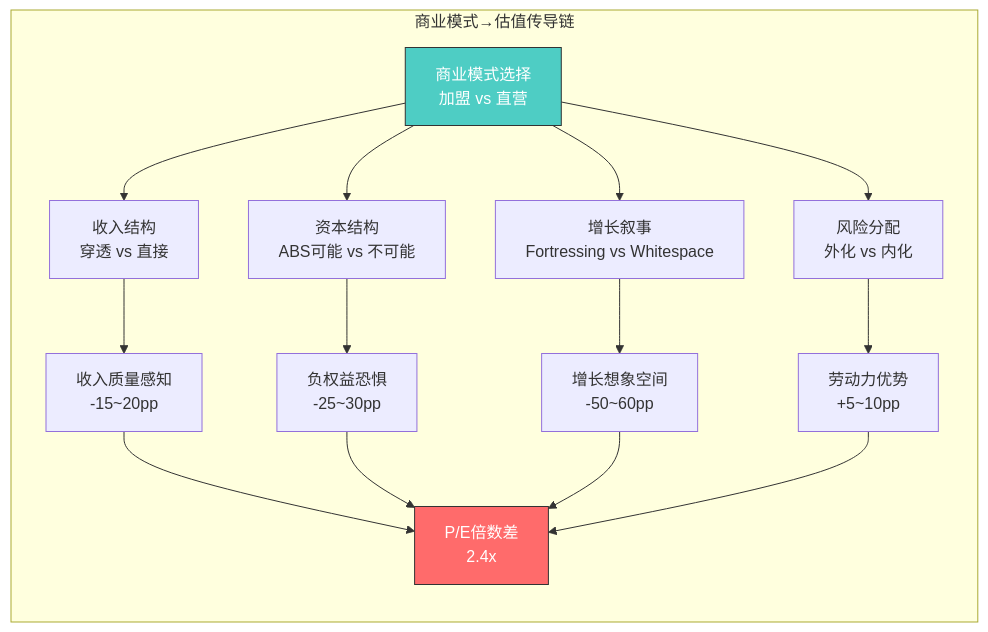
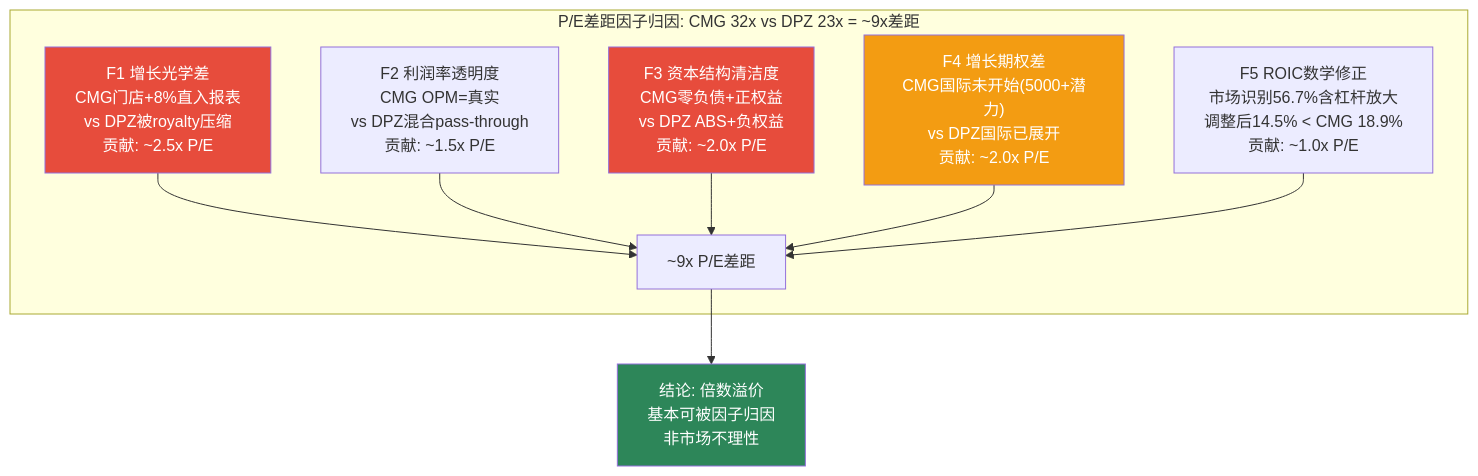
Before and after one commit to miltonnewyork25-afk/investment-master: the third of 3 diagrams in reports/DPZ/staging/phase3_ch16.md, drawn with Mermaid. The commit also changed other lines of this file and 6 other files, not shown here.

````diff
--- a/reports/DPZ/staging/phase3_ch16.md
+++ b/reports/DPZ/staging/phase3_ch16.md
@@ -274,22 +357,17 @@
 ```mermaid
-graph LR
-    subgraph "商业模式→估值传导链"
-        A["商业模式选择<br/>加盟 vs 直营"] --> B["收入结构<br/>穿透 vs 直接"]
-        A --> C["资本结构<br/>ABS可能 vs 不可能"]
-        A --> D["增长叙事<br/>Fortressing vs Whitespace"]
-        A --> E["风险分配<br/>外化 vs 内化"]
+graph TD
+    subgraph "P/E差距因子归因: CMG 32x vs DPZ 23x = ~9x差距"
+        F1["F1 增长光学差<br/>CMG门店+8%直入报表<br/>vs DPZ被royalty压缩<br/>贡献: ~2.5x P/E"] --> GAP["~9x P/E差距"]
+        F2["F2 利润率透明度<br/>CMG OPM=真实<br/>vs DPZ混合pass-through<br/>贡献: ~1.5x P/E"] --> GAP
+        F3["F3 资本结构清洁度<br/>CMG零负债+正权益<br/>vs DPZ ABS+负权益<br/>贡献: ~2.0x P/E"] --> GAP
+        F4["F4 增长期权差<br/>CMG国际未开始(5000+潜力)<br/>vs DPZ国际已展开<br/>贡献: ~2.0x P/E"] --> GAP
+        F5["F5 ROIC数学修正<br/>市场识别56.7%含杠杆放大<br/>调整后14.5% < CMG 18.9%<br/>贡献: ~1.0x P/E"] --> GAP
+    end
 
-        B --> F["收入质量感知<br/>-15~20pp"]
-        C --> G["负权益恐惧<br/>-25~30pp"]
-        D --> H["增长想象空间<br/>-50~60pp"]
-        E --> I["劳动力优势<br/>+5~10pp"]
+    GAP --> V["结论: 倍数溢价<br/>基本可被因子归因<br/>非市场不理性"]
 
-        F --> J["P/E倍数差<br/>2.4x"]
-        G --> J
-        H --> J
-        I --> J
-
-        style A fill:#4ecdc4,stroke:#333,color:#fff
-        style J fill:#ff6b6b,stroke:#333,color:#fff
-    end
+    style F1 fill:#e74c3c,color:#fff
+    style F3 fill:#e74c3c,color:#fff
+    style F4 fill:#f39c12,color:#fff
+    style V fill:#2d8659,color:#fff
 ```
````
